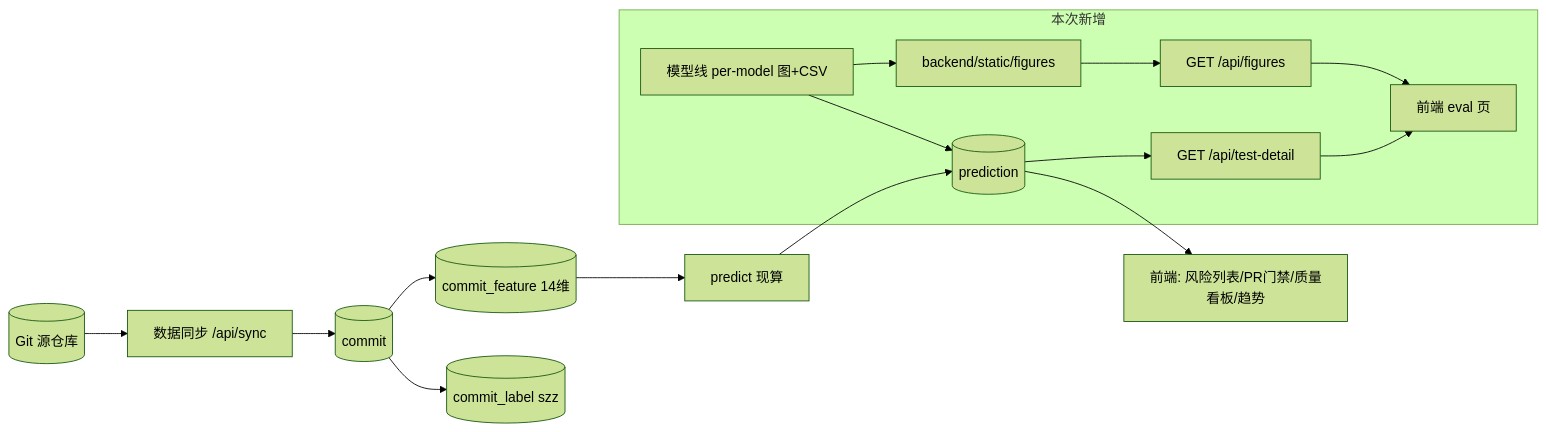
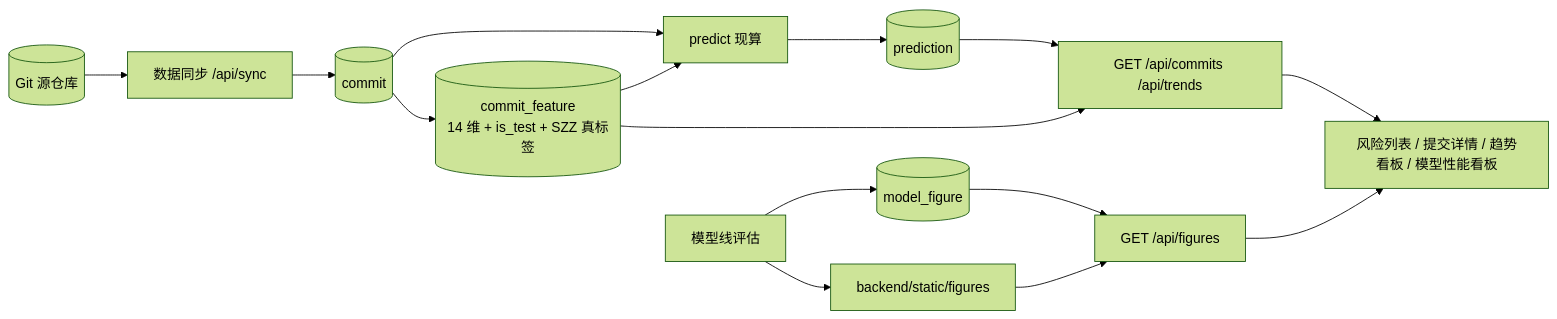
The diagram in docs/overview.md (heapcluster/jit-defect-prediction), drawn with Mermaid (forest theme) before and after one commit. The commit also changed other lines of this file and 22 other files, not shown here.

````diff
--- a/docs/overview.md
+++ b/docs/overview.md
@@ -19,18 +38,17 @@
 ```mermaid
 flowchart LR
   GIT[(Git 源仓库)] --> SY[数据同步 /api/sync]
   SY --> C[(commit)]
-  C --> CF[(commit_feature 14维)]
-  C --> CL[(commit_label szz)]
-  CF --> P[predict 现算]
-  P --> PR[(prediction)]
-  PR --> FE[前端: 风险列表/PR门禁/质量看板/趋势]
-  subgraph 评估[本次新增]
-    PM[模型线 per-model 图+CSV] --> PR
-    PM --> F[backend/static/figures]
-    PR --> TD[GET /api/test-detail]
-    F --> FG[GET /api/figures]
-    TD --> EV[前端 eval 页]
-    FG --> EV
-  end
+  C --> CF[(commit_feature<br/>14 维 + is_test + SZZ 真标签)]
+  C --> P[predict 现算]
+  CF --> P
+  P --> PRED[(prediction)]
+  ML[模型线评估] --> MF[(model_figure)]
+  ML --> ST[backend/static/figures]
+  PRED --> API[GET /api/commits /api/trends]
+  CF --> API
+  API --> FE[风险列表 / 提交详情 / 趋势看板 / 模型性能看板]
+  MF --> FG[GET /api/figures]
+  ST --> FG
+  FG --> FE
 ```
````
